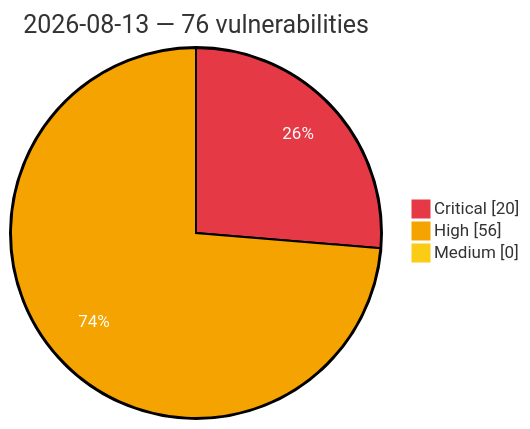
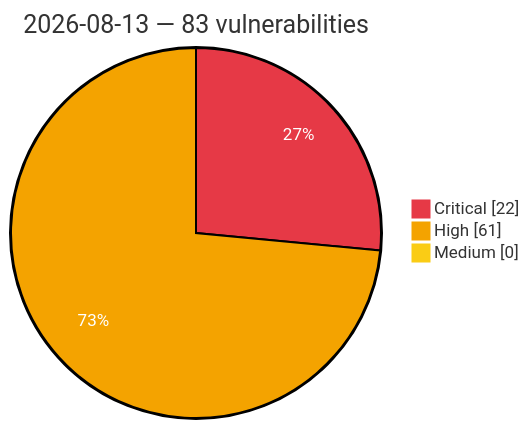
Before and after one commit to GhostX0X/vuln-tracker: the diagram in vulnerabilities/2026/August/2026-08-13.md, drawn with Mermaid. The commit also changed other lines of this file and 5 other files, not shown here.

Commit message:
Auto update: critical/high vulns (2026-08-13 17:42 UTC)

````diff
--- a/vulnerabilities/2026/August/2026-08-13.md
+++ b/vulnerabilities/2026/August/2026-08-13.md
@@ -3,8 +3,8 @@
 ```mermaid
 %%{init: {'theme':'base', 'themeVariables': {'pie1':'#e63946', 'pie2':'#f4a300', 'pie3':'#facc15', 'pieOpacity':'1', 'pieOuterStrokeWidth':'2px', 'pieSectionTextColor':'#ffffff'}}}%%
 pie showData
-    title 2026-08-13 — 76 vulnerabilities
-    "Critical" : 20
-    "High" : 56
+    title 2026-08-13 — 83 vulnerabilities
+    "Critical" : 22
+    "High" : 61
     "Medium" : 0
 ```
````
